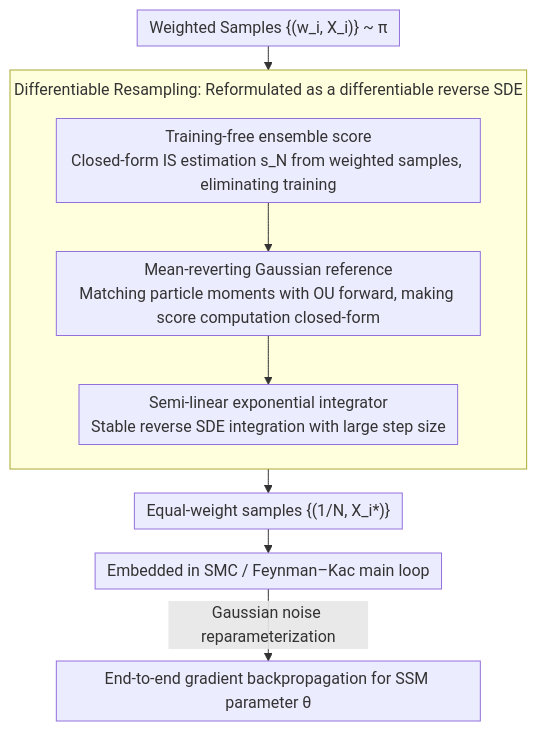
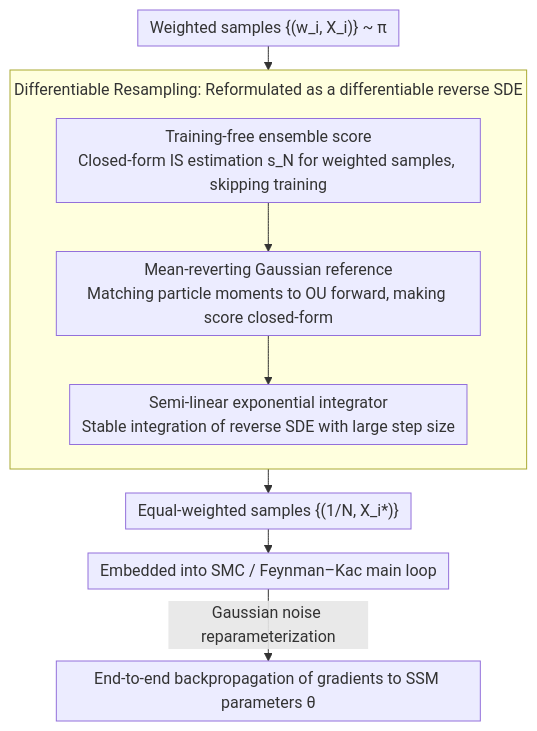
Before and after one commit to zhaoyang97/Paper-Notes-en: the diagram in docs/ICML2026/image_generation/diffusion_differentiable_resampling.md, drawn with Mermaid. The commit also changed other lines of this file and 5084 other files, not shown here.

````diff
--- a/docs/ICML2026/image_generation/diffusion_differentiable_resampling.md
+++ b/docs/ICML2026/image_generation/diffusion_differentiable_resampling.md
@@ -49,16 +49,16 @@
 ```mermaid
 %%{init: {'flowchart': {'rankSpacing': 24, 'nodeSpacing': 28, 'padding': 6, 'wrappingWidth': 400, 'subGraphTitleMargin': {'top': 8, 'bottom': 16}}}}%%
 flowchart TD
-    A["Weighted Samples {(w_i, X_i)} ~ π"]
+    A["Weighted samples {(w_i, X_i)} ~ π"]
     subgraph S["Differentiable Resampling: Reformulated as a differentiable reverse SDE"]
         direction TB
-        C["Training-free ensemble score<br/>Closed-form IS estimation s_N from weighted samples, eliminating training"]
-        B["Mean-reverting Gaussian reference<br/>Matching particle moments with OU forward, making score computation closed-form"]
-        D["Semi-linear exponential integrator<br/>Stable reverse SDE integration with large step size"]
+        C["Training-free ensemble score<br/>Closed-form IS estimation s_N for weighted samples, skipping training"]
+        B["Mean-reverting Gaussian reference<br/>Matching particle moments to OU forward, making score closed-form"]
+        D["Semi-linear exponential integrator<br/>Stable integration of reverse SDE with large step size"]
         C --> B --> D
     end
     A --> C
-    D --> E["Equal-weight samples {(1/N, X_i*)}"]
-    E --> F["Embedded in SMC / Feynman–Kac main loop"]
-    F -->|Gaussian noise reparameterization| G["End-to-end gradient backpropagation for SSM parameter θ"]
+    D --> E["Equal-weighted samples {(1/N, X_i*)}"]
+    E --> F["Embedded into SMC / Feynman–Kac main loop"]
+    F -->|Gaussian noise reparameterization| G["End-to-end backpropagation of gradients to SSM parameters θ"]
 ```
````
